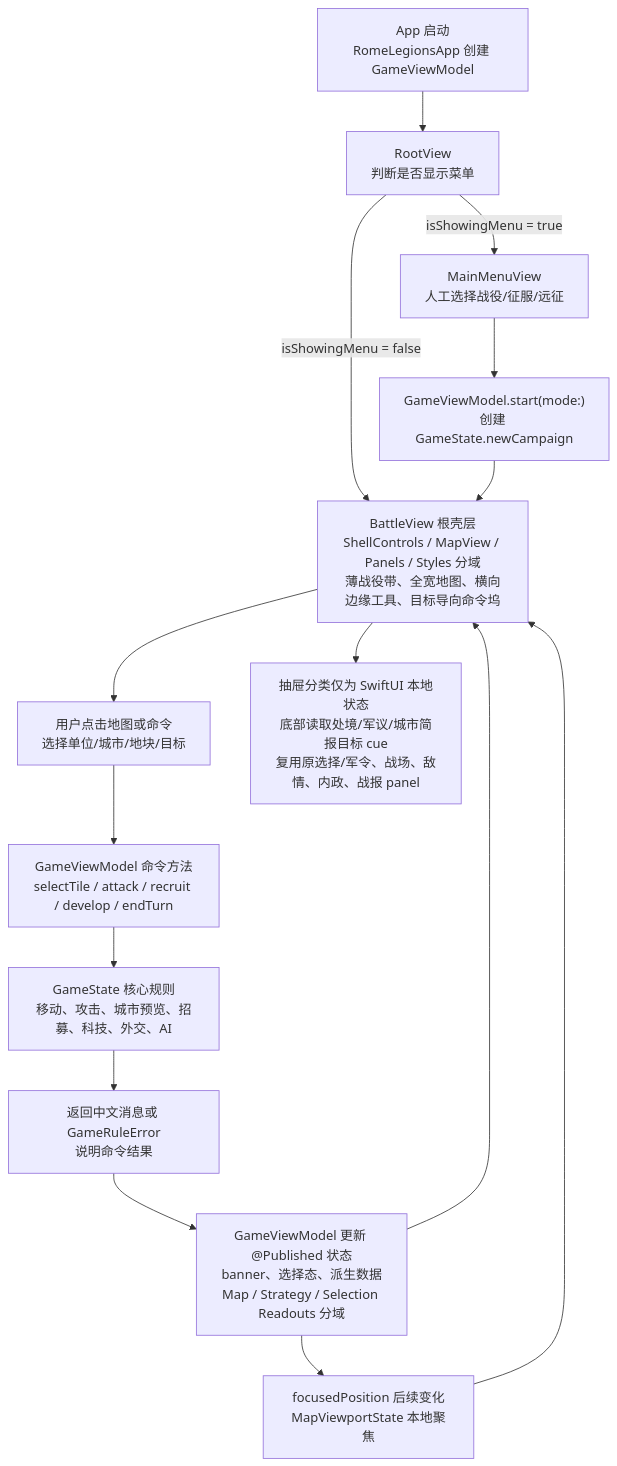
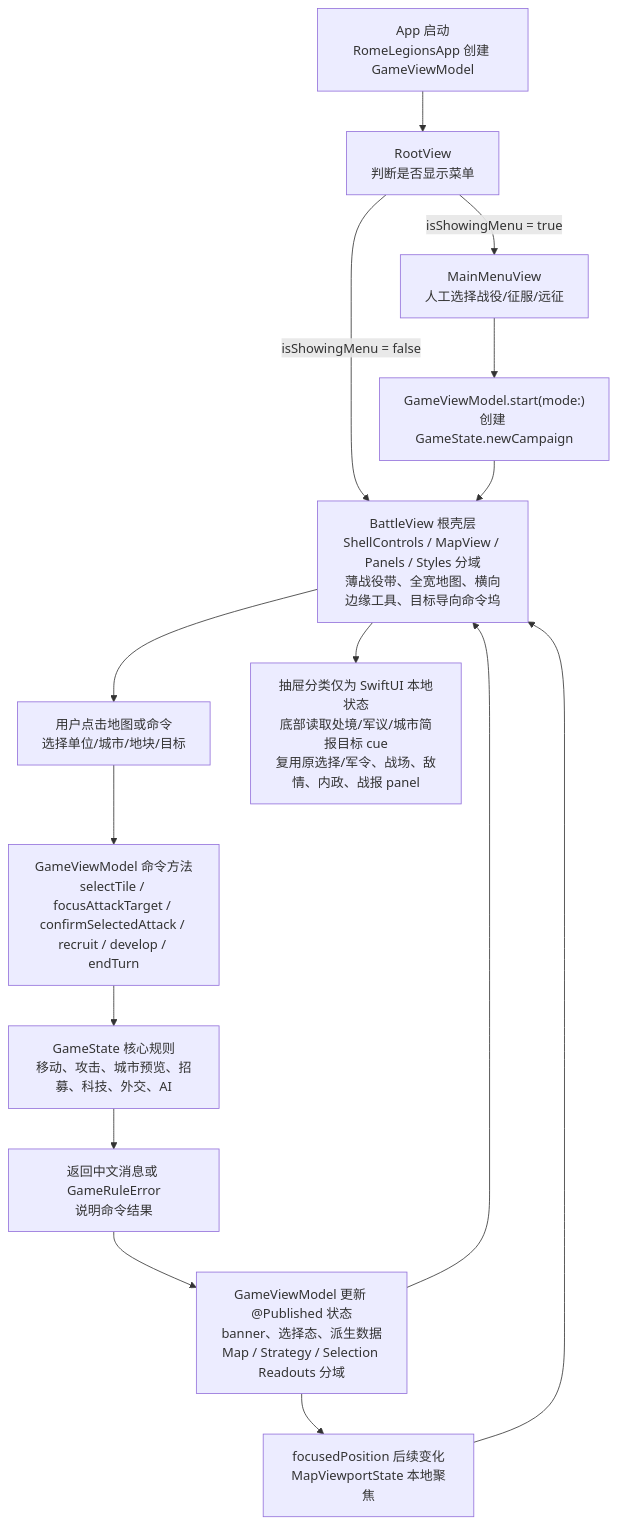
One commit to Altman-sam114/119 changed the first of 7 diagrams in md/flow/flowchart.md. Above: the diagram before and after it, drawn with Mermaid. The commit also changed other lines of this file and 14 other files, not shown here.

Commit message:
feat(ui): add attack target forecast

````diff
--- a/md/flow/flowchart.md
+++ b/md/flow/flowchart.md
@@ -9,17 +9,17 @@
 ```mermaid
 flowchart TD
     A["App 启动<br/>RomeLegionsApp 创建 GameViewModel"] --> B["RootView<br/>判断是否显示菜单"]
     B -->|isShowingMenu = true| C["MainMenuView<br/>人工选择战役/征服/远征"]
     C --> D["GameViewModel.start(mode:)<br/>创建 GameState.newCampaign"]
     B -->|isShowingMenu = false| E["BattleView 根壳层<br/>ShellControls / MapView / Panels / Styles 分域<br/>薄战役带、全宽地图、横向边缘工具、目标导向命令坞"]
     D --> E
     E --> F["用户点击地图或命令<br/>选择单位/城市/地块/目标"]
-    F --> G["GameViewModel 命令方法<br/>selectTile / attack / recruit / develop / endTurn"]
+    F --> G["GameViewModel 命令方法<br/>selectTile / focusAttackTarget / confirmSelectedAttack / recruit / develop / endTurn"]
     G --> H["GameState 核心规则<br/>移动、攻击、城市预览、招募、科技、外交、AI"]
     H --> I["返回中文消息或 GameRuleError<br/>说明命令结果"]
     I --> J["GameViewModel 更新 @Published 状态<br/>banner、选择态、派生数据<br/>Map / Strategy / Selection Readouts 分域"]
     J --> E
     J --> L["focusedPosition 后续变化<br/>MapViewportState 本地聚焦"]
     L --> E
     E --> K["抽屉分类仅为 SwiftUI 本地状态<br/>底部读取处境/军议/城市简报目标 cue<br/>复用原选择/军令、战场、敌情、内政、战报 panel"]
 ```
````
